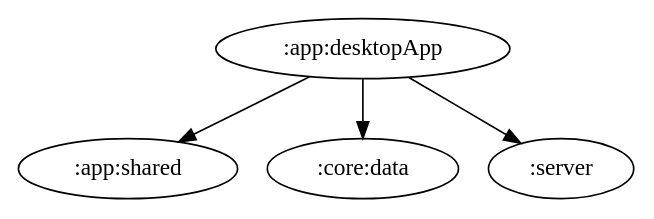
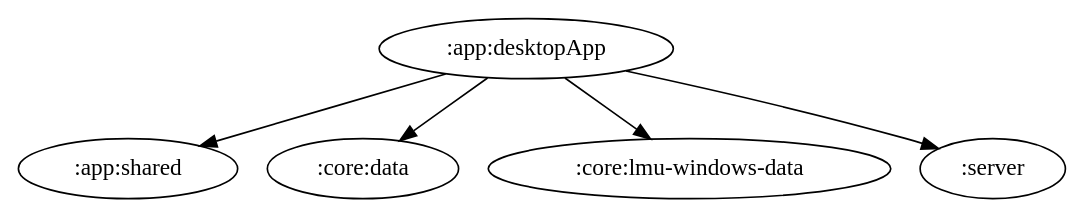
The diagram in docs/graphs/app-desktopApp.gv (ai-kurou/KoDriver), drawn with Graphviz before and after one commit. The commit also changed 7 other files, not shown here.

Commit message:
chore: update module graph images

```diff
--- a/docs/graphs/app-desktopApp.gv
+++ b/docs/graphs/app-desktopApp.gv
@@ -1,6 +1,7 @@
 digraph G {
   rankdir=TB
   ":app:desktopApp" -> ":app:shared"
   ":app:desktopApp" -> ":core:data"
+  ":app:desktopApp" -> ":core:lmu-windows-data"
   ":app:desktopApp" -> ":server"
 }
```
